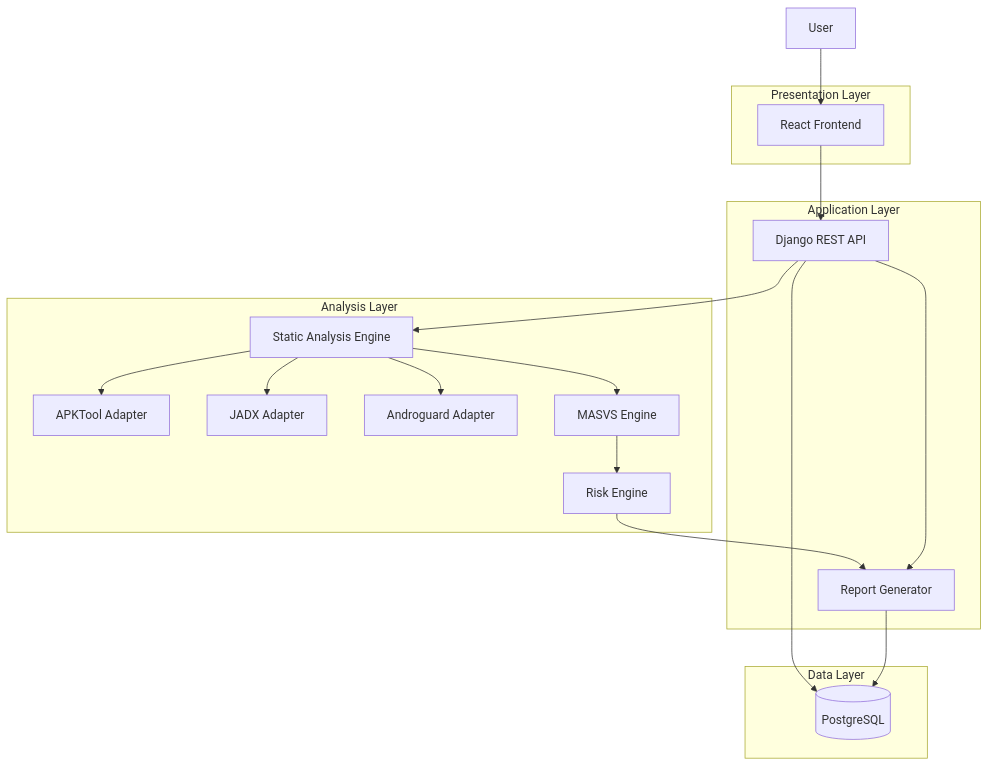
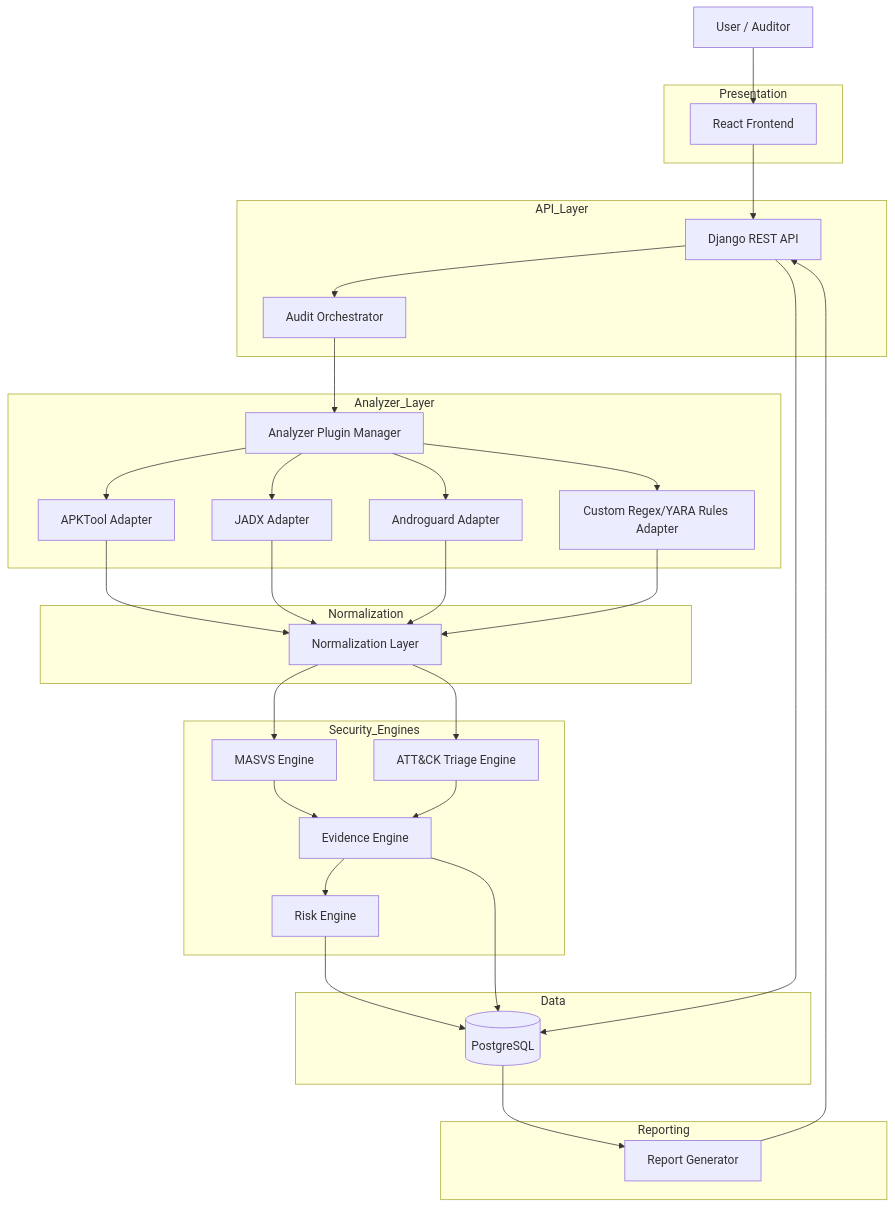
One commit to nine11-tech/MSAP changed the diagram in docs/03_Architecture/05_Component_Diagram.md. Above: the diagram before and after it, drawn with Mermaid. The commit also changed 29 other files, not shown here.

Commit message:
Pivot MSAP to hybrid MASVS and ATT&CK Mobile triage

````diff
--- a/docs/03_Architecture/05_Component_Diagram.md
+++ b/docs/03_Architecture/05_Component_Diagram.md
@@ -3,39 +3,63 @@
 ```mermaid
 flowchart TB
-    User[User]
+    Auditor[User / Auditor]
 
-    subgraph UI[Presentation Layer]
-        React[React Frontend]
+    subgraph Presentation
+        FE[React Frontend]
     end
 
-    subgraph Backend[Application Layer]
+    subgraph API_Layer
         API[Django REST API]
-        Report[Report Generator]
+        ORCH[Audit Orchestrator]
     end
 
-    subgraph Analysis[Analysis Layer]
-        Static[Static Analysis Engine]
-        APKTool[APKTool Adapter]
+    subgraph Analyzer_Layer
+        PM[Analyzer Plugin Manager]
+        APK[APKTool Adapter]
         JADX[JADX Adapter]
-        Androguard[Androguard Adapter]
-        MASVS[MASVS Engine]
-        Risk[Risk Engine]
+        AG[Androguard Adapter]
+        RY[Custom Regex/YARA Rules Adapter]
     end
 
-    subgraph Data[Data Layer]
+    subgraph Normalization
+        NORM[Normalization Layer]
+    end
+
+    subgraph Security_Engines
+        MASVS[MASVS Engine]
+        ATTCK[ATT&CK Triage Engine]
+        EVID[Evidence Engine]
+        RISK[Risk Engine]
+    end
+
+    subgraph Data
         DB[(PostgreSQL)]
     end
 
-    User --> React
-    React --> API
+    subgraph Reporting
+        REPORT[Report Generator]
+    end
+
+    Auditor --> FE
+    FE --> API
+    API --> ORCH
+    ORCH --> PM
+    PM --> APK
+    PM --> JADX
+    PM --> AG
+    PM --> RY
+    APK --> NORM
+    JADX --> NORM
+    AG --> NORM
+    RY --> NORM
+    NORM --> MASVS
+    NORM --> ATTCK
+    MASVS --> EVID
+    ATTCK --> EVID
+    EVID --> RISK
+    RISK --> DB
+    EVID --> DB
     API --> DB
-    API --> Static
-    Static --> APKTool
-    Static --> JADX
-    Static --> Androguard
-    Static --> MASVS
-    MASVS --> Risk
-    Risk --> Report
-    Report --> DB
-    API --> Report
+    DB --> REPORT
+    REPORT --> API
 ```
````
